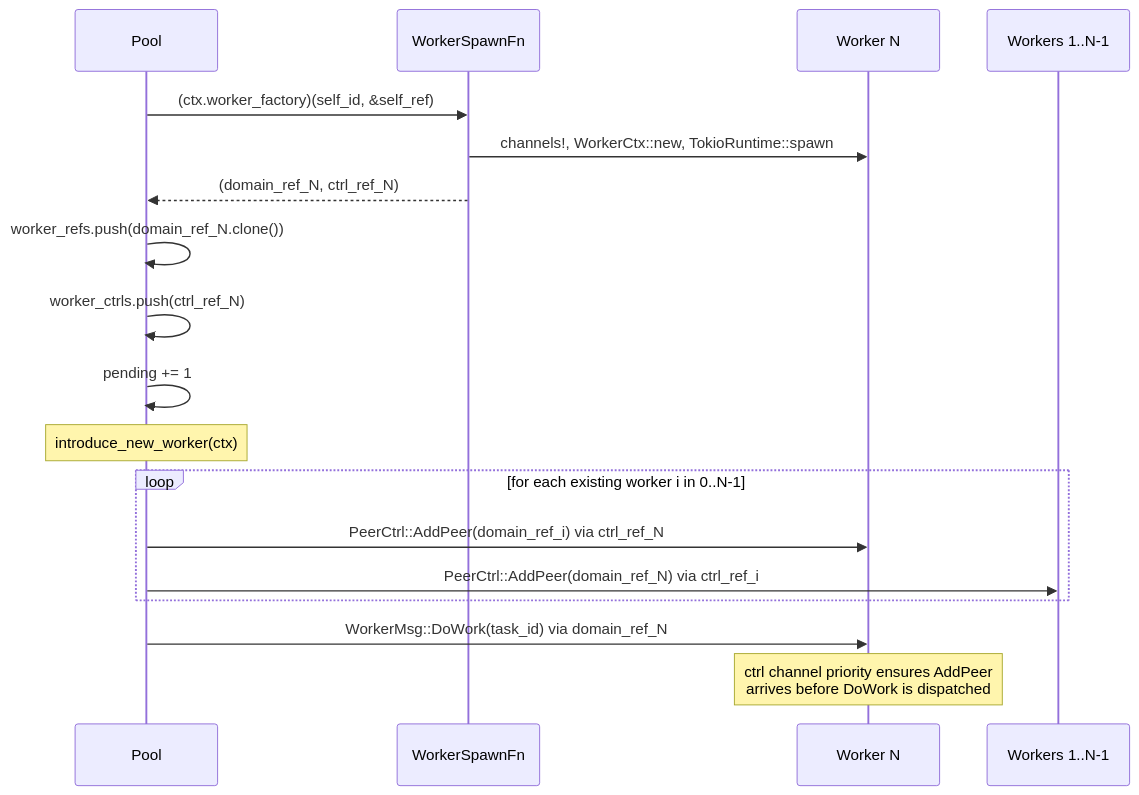
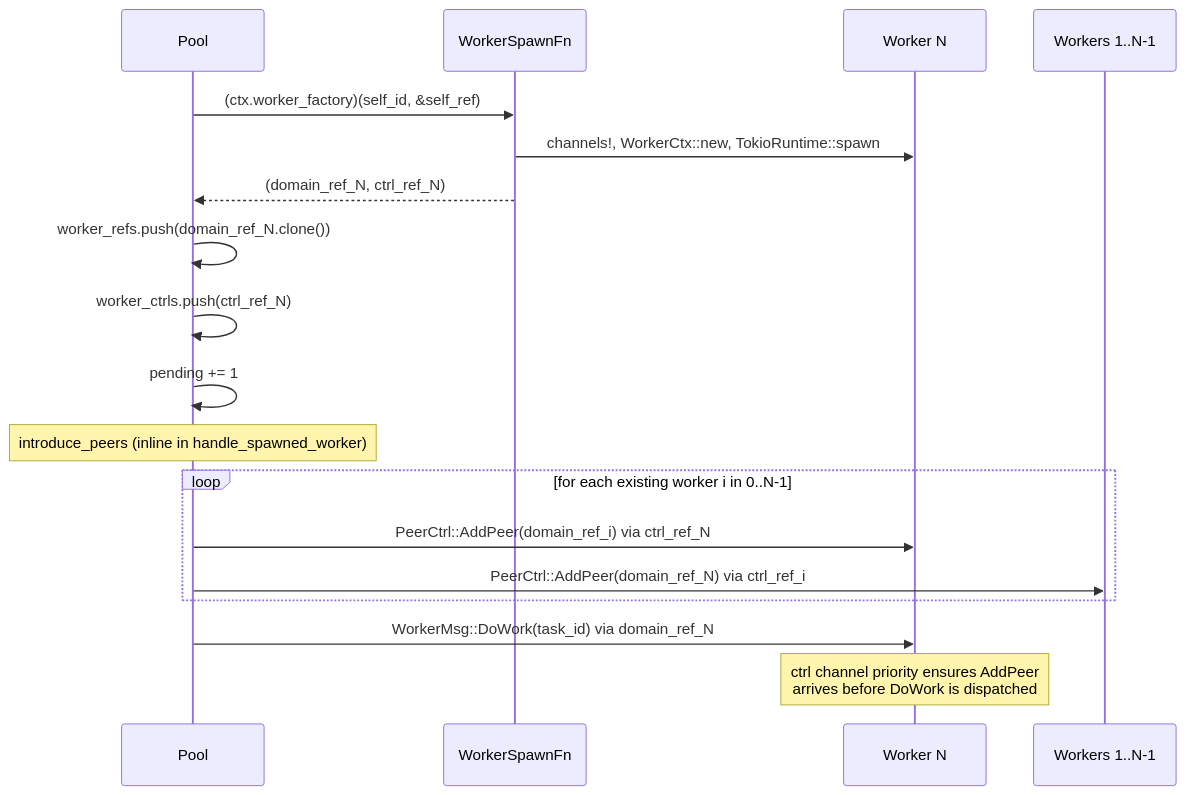
The third of 4 diagrams in spec/architecture/11-dynamic-actors.md (bloxide-com/bloxide), drawn with Mermaid before and after one commit. The commit also changed other lines of this file and 43 other files, not shown here.

````diff
--- a/spec/architecture/11-dynamic-actors.md
+++ b/spec/architecture/11-dynamic-actors.md
@@ -607,24 +625,24 @@
 ```mermaid
 sequenceDiagram
     participant Pool
     participant Factory as WorkerSpawnFn
     participant NewWorker as Worker N
     participant OldWorker as Workers 1..N-1
 
     Pool->>Factory: (ctx.worker_factory)(self_id, &self_ref)
     Factory->>NewWorker: channels!, WorkerCtx::new, TokioRuntime::spawn
     Factory-->>Pool: (domain_ref_N, ctrl_ref_N)
 
     Pool->>Pool: worker_refs.push(domain_ref_N.clone())
     Pool->>Pool: worker_ctrls.push(ctrl_ref_N)
     Pool->>Pool: pending += 1
 
-    Note over Pool: introduce_new_worker(ctx)
+    Note over Pool: introduce_peers (inline in handle_spawned_worker)
     loop for each existing worker i in 0..N-1
         Pool->>NewWorker: PeerCtrl::AddPeer(domain_ref_i) via ctrl_ref_N
         Pool->>OldWorker: PeerCtrl::AddPeer(domain_ref_N) via ctrl_ref_i
     end
 
     Pool->>NewWorker: WorkerMsg::DoWork(task_id) via domain_ref_N
     Note over NewWorker: ctrl channel priority ensures AddPeer<br/>arrives before DoWork is dispatched
 ```
````
